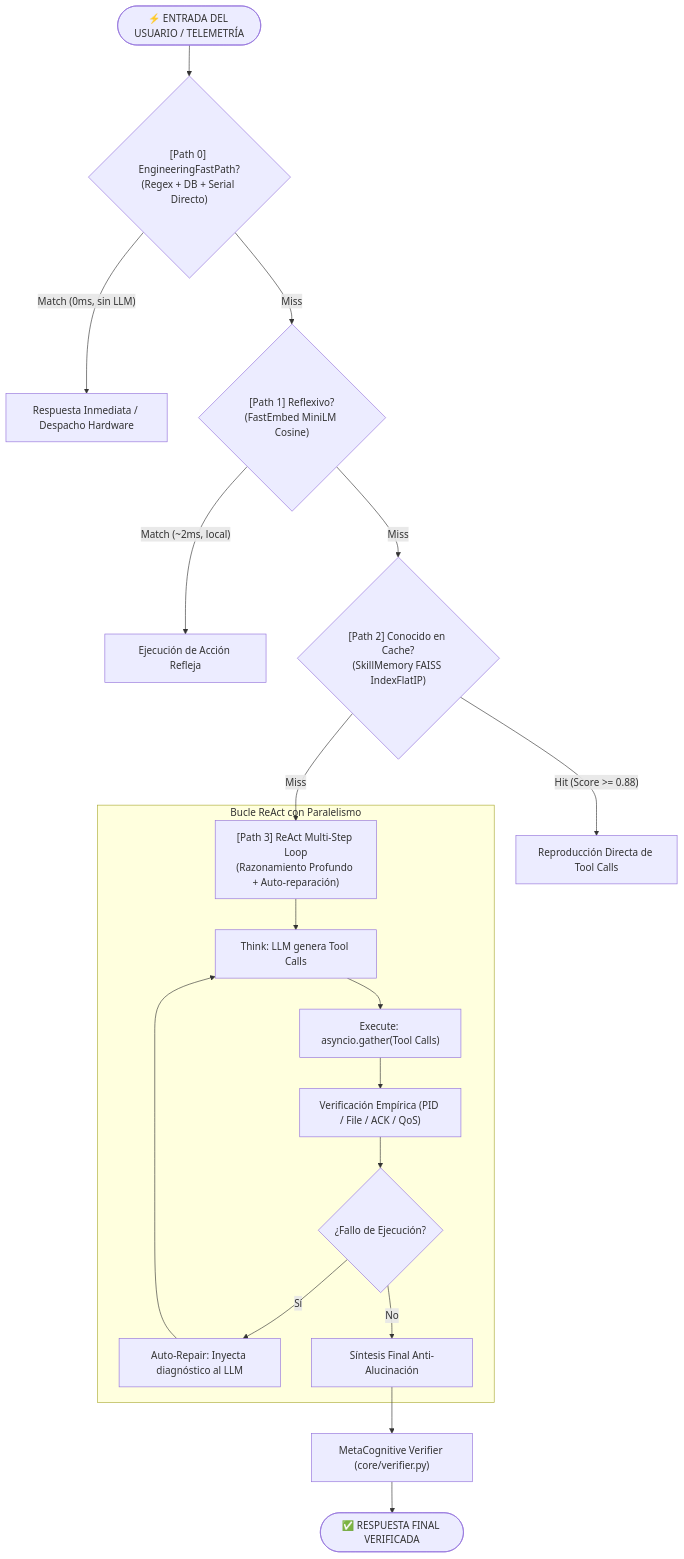
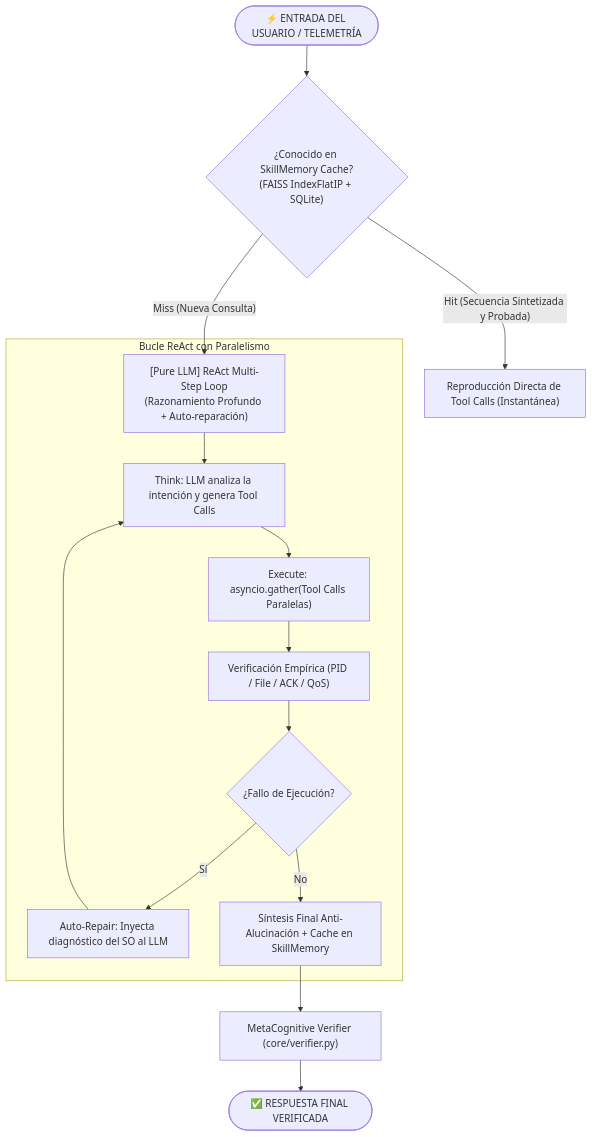
Before and after one commit to Thel-Vatham/WIS-V2: the first of 2 diagrams in ingenieria/01_ARQUITECTURA_COGNITIVA_Y_PIPELINE.md, drawn with Mermaid. The commit also changed other lines of this file and 8 other files, not shown here.

Commit message:
refactor: eliminate FastPath completely in favor of pure-LLM ReAct loop (AVRORA philosophy)

````diff
--- a/ingenieria/01_ARQUITECTURA_COGNITIVA_Y_PIPELINE.md
+++ b/ingenieria/01_ARQUITECTURA_COGNITIVA_Y_PIPELINE.md
@@ -9,26 +12,20 @@
 ```mermaid
 flowchart TD
-    IN(["⚡ ENTRADA DEL USUARIO / TELEMETRÍA"]) --> P0{"[Path 0] EngineeringFastPath?<br>(Regex + DB + Serial Directo)"}
+    IN(["⚡ ENTRADA DEL USUARIO / TELEMETRÍA"]) --> P1{"¿Conocido en SkillMemory Cache?<br>(FAISS IndexFlatIP + SQLite)"}
     
-    P0 -- "Match (0ms, sin LLM)" --> R0["Respuesta Inmediata / Despacho Hardware"]
-    P0 -- "Miss" --> P1{"[Path 1] Reflexivo?<br>(FastEmbed MiniLM Cosine)"}
-    
-    P1 -- "Match (~2ms, local)" --> R1["Ejecución de Acción Refleja"]
-    P1 -- "Miss" --> P2{"[Path 2] Conocido en Cache?<br>(SkillMemory FAISS IndexFlatIP)"}
-    
-    P2 -- "Hit (Score >= 0.88)" --> R2["Reproducción Directa de Tool Calls"]
-    P2 -- "Miss" --> P3["[Path 3] ReAct Multi-Step Loop<br>(Razonamiento Profundo + Auto-reparación)"]
+    P1 -- "Hit (Secuencia Sintetizada y Probada)" --> R1["Reproducción Directa de Tool Calls (Instantánea)"]
+    P1 -- "Miss (Nueva Consulta)" --> P2["[Pure LLM] ReAct Multi-Step Loop<br>(Razonamiento Profundo + Auto-reparación)"]
     
     subgraph Loop ["Bucle ReAct con Paralelismo"]
-        P3 --> THINK["Think: LLM genera Tool Calls"]
-        THINK --> PARALLEL["Execute: asyncio.gather(Tool Calls)"]
+        P2 --> THINK["Think: LLM analiza la intención y genera Tool Calls"]
+        THINK --> PARALLEL["Execute: asyncio.gather(Tool Calls Paralelas)"]
         PARALLEL --> EMPIRICAL["Verificación Empírica (PID / File / ACK / QoS)"]
         EMPIRICAL --> REPAIR{"¿Fallo de Ejecución?"}
-        REPAIR -- "Sí" --> AUTO_FIX["Auto-Repair: Inyecta diagnóstico al LLM"]
+        REPAIR -- "Sí" --> AUTO_FIX["Auto-Repair: Inyecta diagnóstico del SO al LLM"]
         AUTO_FIX --> THINK
-        REPAIR -- "No" --> SYNTH["Síntesis Final Anti-Alucinación"]
+        REPAIR -- "No" --> SYNTH["Síntesis Final Anti-Alucinación + Cache en SkillMemory"]
     end
     
     SYNTH --> VERIF["MetaCognitive Verifier (core/verifier.py)"]
     VERIF --> OUT(["✅ RESPUESTA FINAL VERIFICADA"])
 ```
````
